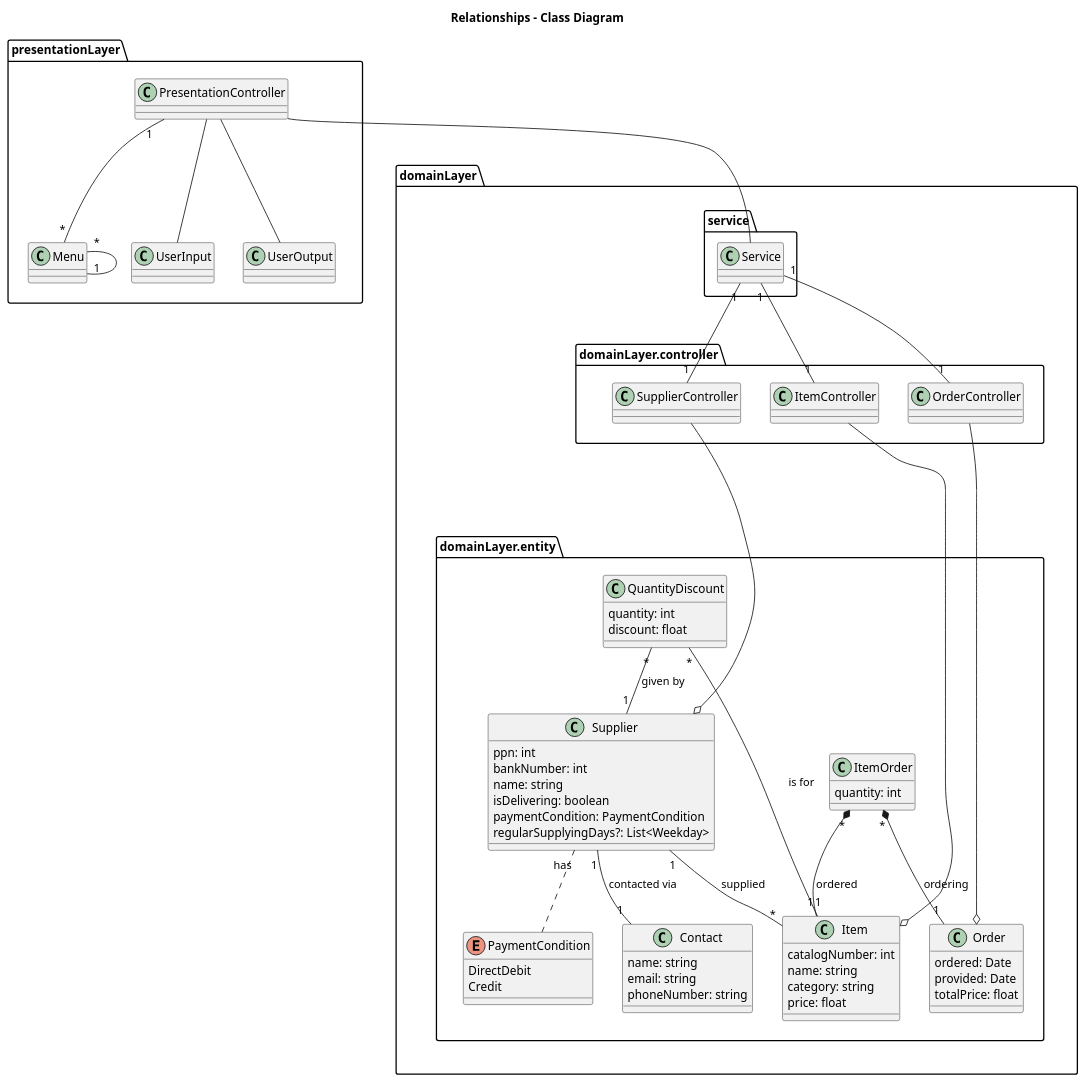
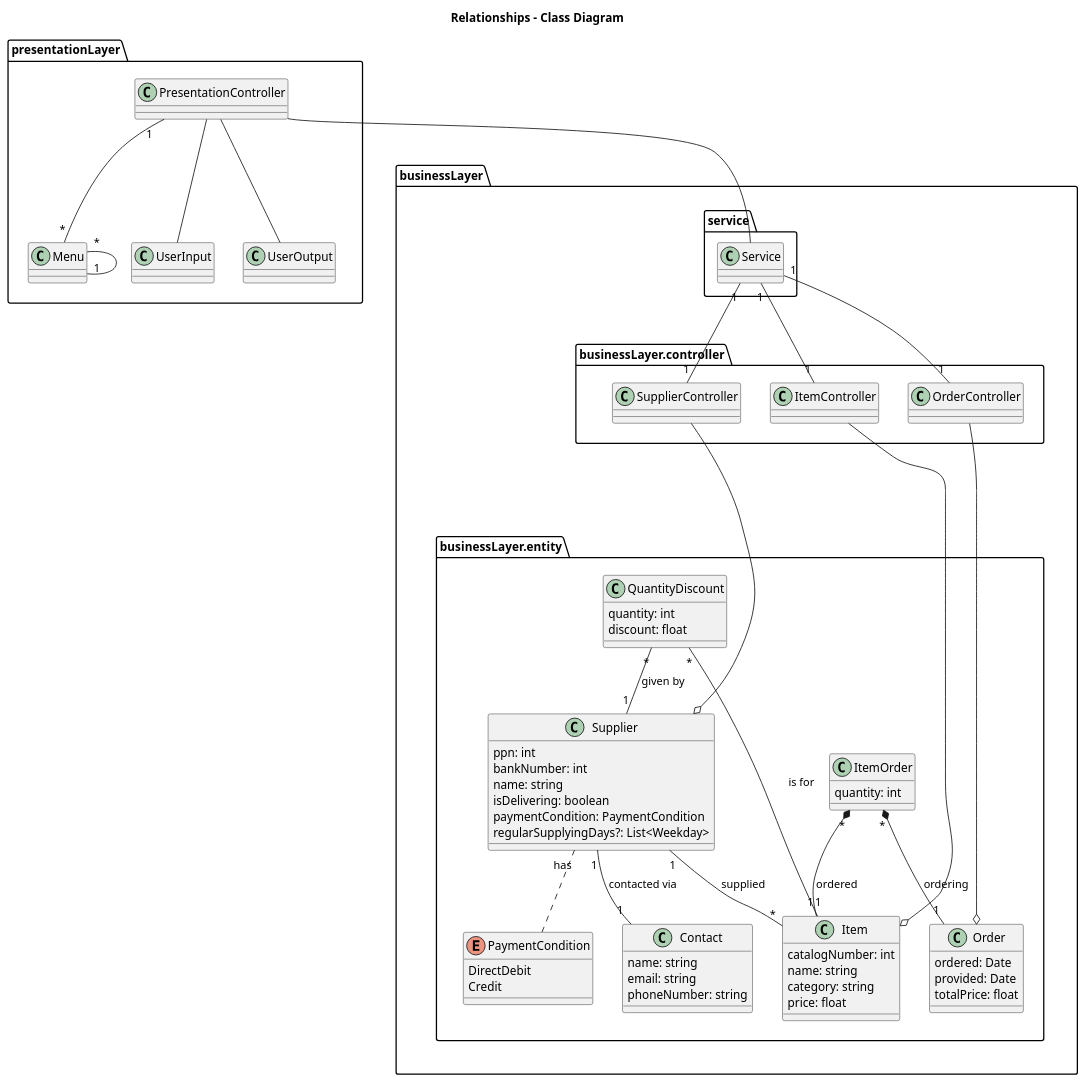
Before and after one commit to BatelBB/Analysis-Design-of-Software-Systems---Course-Prioject: the diagram in docs/diagrams/domain.puml, drawn with PlantUML. The commit also changed 6 other files, not shown here.

```diff
--- a/docs/diagrams/domain.puml
+++ b/docs/diagrams/domain.puml
@@ -1,110 +1,110 @@
 @startuml
 
 title Relationships - Class Diagram
 
 package presentationLayer {
 	class PresentationController
 	class UserInput 
 	class UserOutput
 	class Menu
 	
 	PresentationController -- UserInput
 	PresentationController -- UserOutput
 	PresentationController "1" -- "*" Menu
 	Menu "*" -- "1" Menu
 	
 }
 
-package domainLayer {
+package businessLayer {
 	
-	package domainLayer.entity as entity {
+	package businessLayer.entity as entity {
 		enum PaymentCondition {
 			DirectDebit
 			Credit
 		}
 	
 		class Supplier {
 			ppn: int
 			bankNumber: int
 			name: string
 			isDelivering: boolean
 			paymentCondition: PaymentCondition
 			regularSupplyingDays?: List<Weekday>
 		}
 		
 		' note left of Supplier: "notice regularSupplyingDays is optional" '
 		
 		class Contact {
 			name: string
 			email: string
 			phoneNumber: string
 		}
 		
 		class Order {
 			ordered: Date
 			provided: Date
 			totalPrice: float
 		}
 		
 		class ItemOrder {
 			quantity: int
 		}
 		
 		class Item {
 			catalogNumber: int
 			name: string
 			category: string
 			price: float
 		}
 		
 		class QuantityDiscount {
 			quantity: int
 			discount: float
 		}
 		
 		Supplier "has" ..  PaymentCondition
 		Supplier "1" -- "1" Contact: "contacted via"
 		
 		QuantityDiscount "*" -- "1" Item: "is for"
 		QuantityDiscount "*" -- "1" Supplier: "given by"
 		
 		ItemOrder "*" *-- "1" Item: ordered
 		ItemOrder "*" *-- "1" Order: ordering
 		
 		Supplier "1" -- "*" Item: supplied
 	}
 	
-	package domainLayer.controller as ctrl {
+	package businessLayer.controller as ctrl {
 		class SupplierController {
 		
 		}
 		
 		class OrderController {
 		
 		}
 		
 		class ItemController {
 		
 		}
 		
 		SupplierController --o Supplier
 		ItemController --o Item
 		OrderController --o Order
 	}
 	
-	package domainLayer.service {
+	package businessLayer.service {
 		class Service
 		
 		Service "1" -- "1" SupplierController
 		Service "1" -- "1" OrderController
 		Service "1" -- "1" ItemController
 	}
 	
 	ctrl --[hidden]-> entity
 }
 
 
-	presentationLayer -[hidden]-> domainLayer
+	presentationLayer -[hidden]-> businessLayer
 	PresentationController -d- Service
 
 @enduml
```
